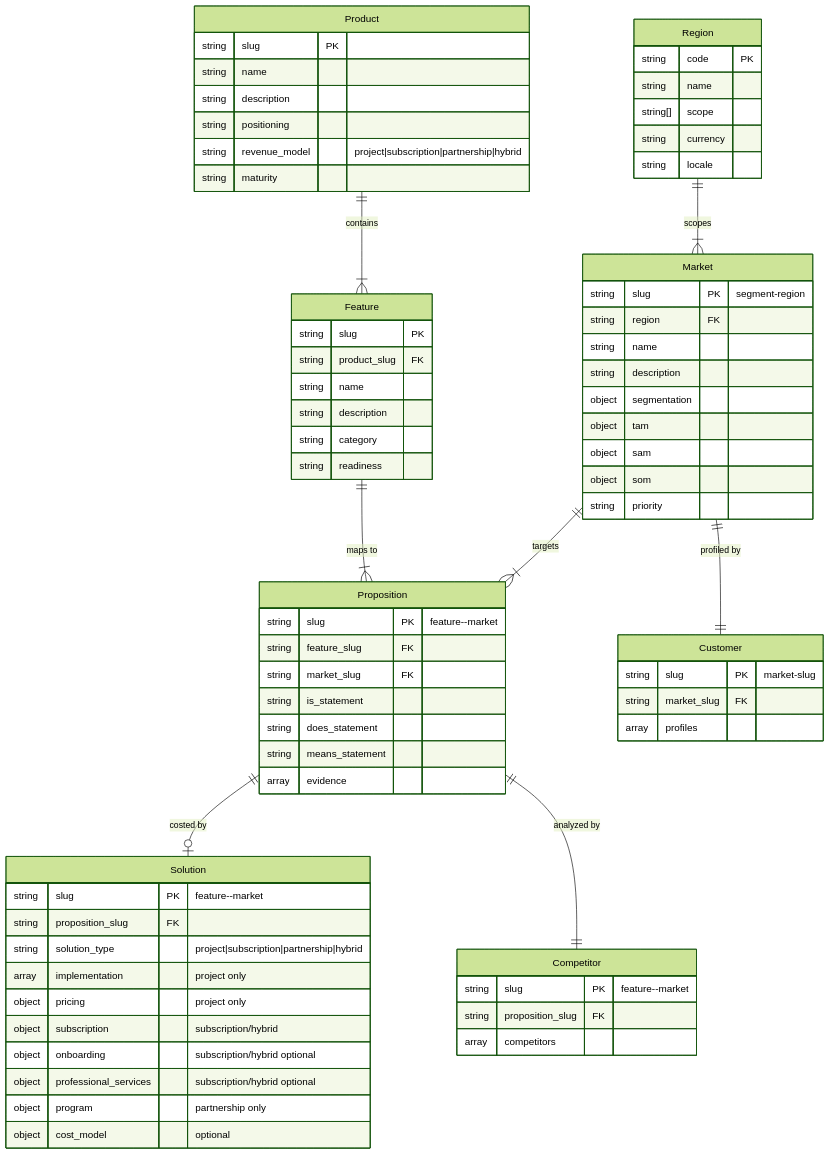
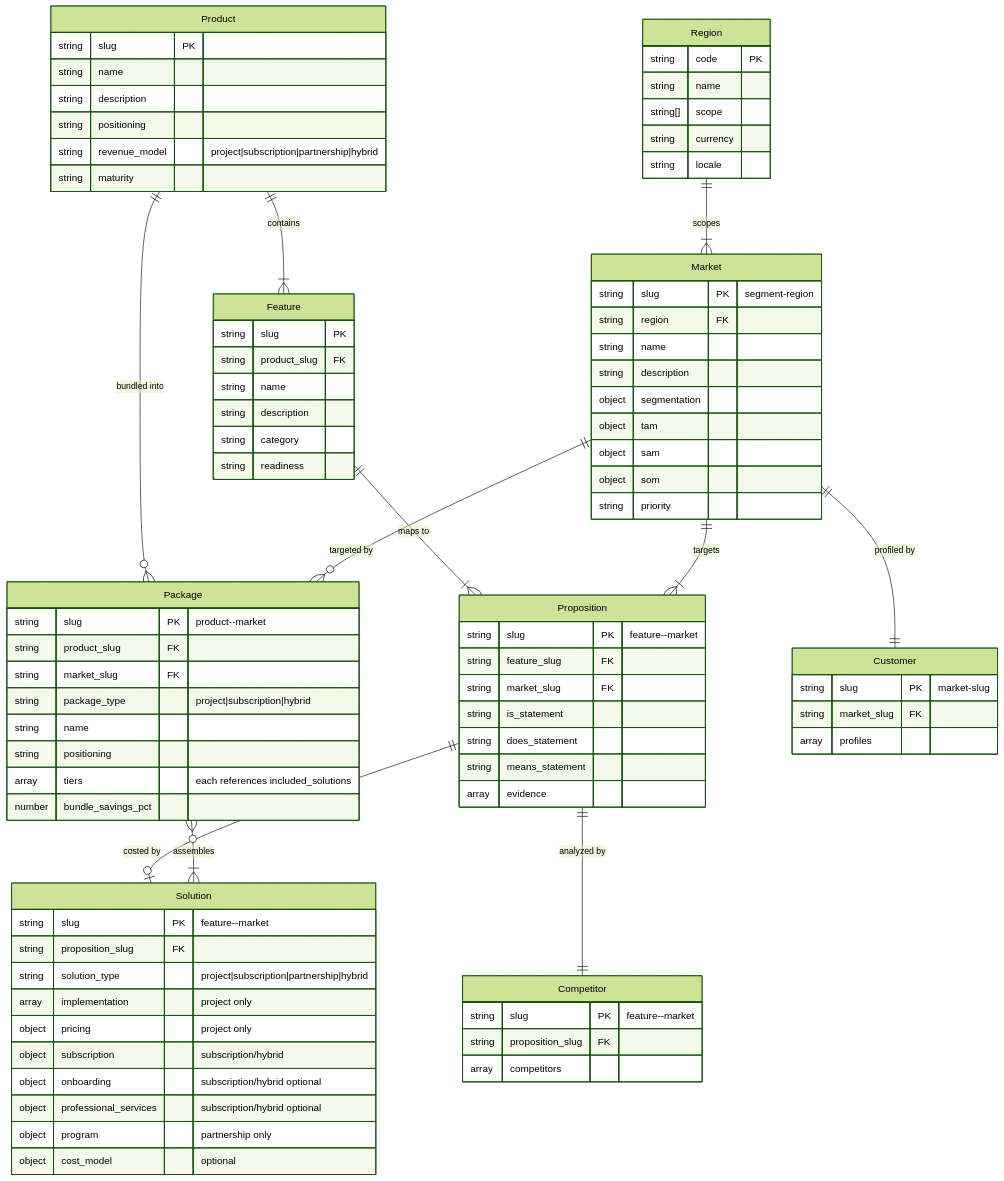
One commit to cogni-work/cogni-portfolio changed the diagram in skills/setup/references/data-model.md. Above: the diagram before and after it, drawn with Mermaid (forest theme). The commit also changed other lines of this file and 10 other files, not shown here.

First line of the commit message:
feat: add packages entity to bundle solutions into sellable product offerings (v0.7.0)

````diff
--- a/skills/setup/references/data-model.md
+++ b/skills/setup/references/data-model.md
@@ -585,12 +712,15 @@
 ```mermaid
 erDiagram
     Product ||--|{ Feature : contains
+    Product ||--o{ Package : "bundled into"
     Feature ||--|{ Proposition : "maps to"
     Market ||--|{ Proposition : "targets"
+    Market ||--o{ Package : "targeted by"
     Region ||--|{ Market : "scopes"
     Proposition ||--o| Solution : "costed by"
     Proposition ||--|| Competitor : "analyzed by"
     Market ||--|| Customer : "profiled by"
+    Package }o--|{ Solution : "assembles"
 
     Product {
         string slug PK
@@ -647,6 +777,16 @@
         object program "partnership only"
         object cost_model "optional"
     }
+    Package {
+        string slug PK "product--market"
+        string product_slug FK
+        string market_slug FK
+        string package_type "project|subscription|hybrid"
+        string name
+        string positioning
+        array tiers "each references included_solutions"
+        number bundle_savings_pct
+    }
     Competitor {
         string slug PK "feature--market"
         string proposition_slug FK
````
